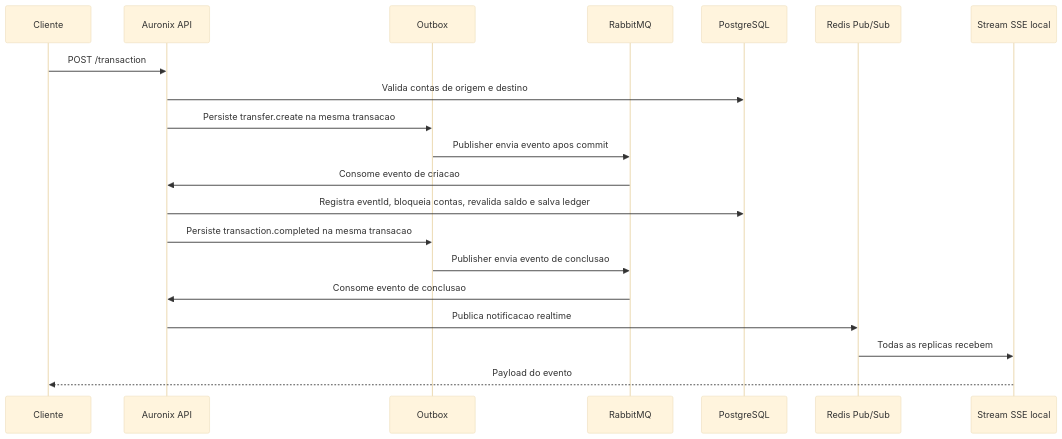
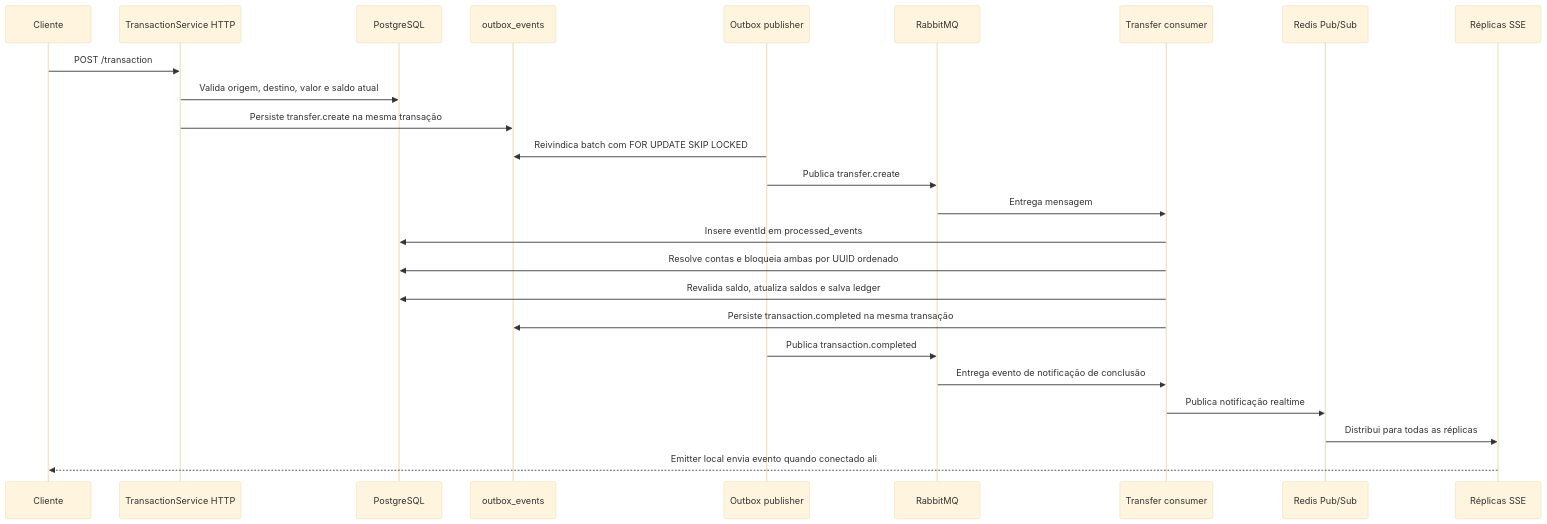
Before and after one commit to Joaopdiasventura/Auronix-server: the second of 3 diagrams in docs/pt-br/arquitetura/README.md, drawn with Mermaid (base theme). The commit also changed other lines of this file and 23 other files, not shown here.

Commit message:
docs: update documentation to enhance project description and architecture details

````diff
--- a/docs/pt-br/arquitetura/README.md
+++ b/docs/pt-br/arquitetura/README.md
@@ -38,22 +28,27 @@
 ```mermaid
 sequenceDiagram
     participant C as Cliente
-    participant API as Auronix API
-    participant OB as Outbox
+    participant API as TransactionService HTTP
+    participant PG as PostgreSQL
+    participant OB as outbox_events
+    participant PUB as Outbox publisher
     participant MQ as RabbitMQ
-    participant DB as PostgreSQL
-    participant Redis as Redis Pub/Sub
-    participant SSE as Stream SSE local
+    participant CON as Transfer consumer
+    participant REDIS as Redis Pub/Sub
+    participant SSE as Réplicas SSE
     C->>API: POST /transaction
-    API->>DB: Valida contas de origem e destino
-    API->>OB: Persiste transfer.create na mesma transacao
-    OB->>MQ: Publisher envia evento apos commit
-    MQ->>API: Consome evento de criacao
-    API->>DB: Registra eventId, bloqueia contas, revalida saldo e salva ledger
-    API->>OB: Persiste transaction.completed na mesma transacao
-    OB->>MQ: Publisher envia evento de conclusao
-    MQ->>API: Consome evento de conclusao
-    API->>Redis: Publica notificacao realtime
-    Redis->>SSE: Todas as replicas recebem
-    SSE-->>C: Payload do evento
+    API->>PG: Valida origem, destino, valor e saldo atual
+    API->>OB: Persiste transfer.create na mesma transação
+    PUB->>OB: Reivindica batch com FOR UPDATE SKIP LOCKED
+    PUB->>MQ: Publica transfer.create
+    MQ->>CON: Entrega mensagem
+    CON->>PG: Insere eventId em processed_events
+    CON->>PG: Resolve contas e bloqueia ambas por UUID ordenado
+    CON->>PG: Revalida saldo, atualiza saldos e salva ledger
+    CON->>OB: Persiste transaction.completed na mesma transação
+    PUB->>MQ: Publica transaction.completed
+    MQ->>CON: Entrega evento de notificação de conclusão
+    CON->>REDIS: Publica notificação realtime
+    REDIS->>SSE: Distribui para todas as réplicas
+    SSE-->>C: Emitter local envia evento quando conectado ali
 ```
````
